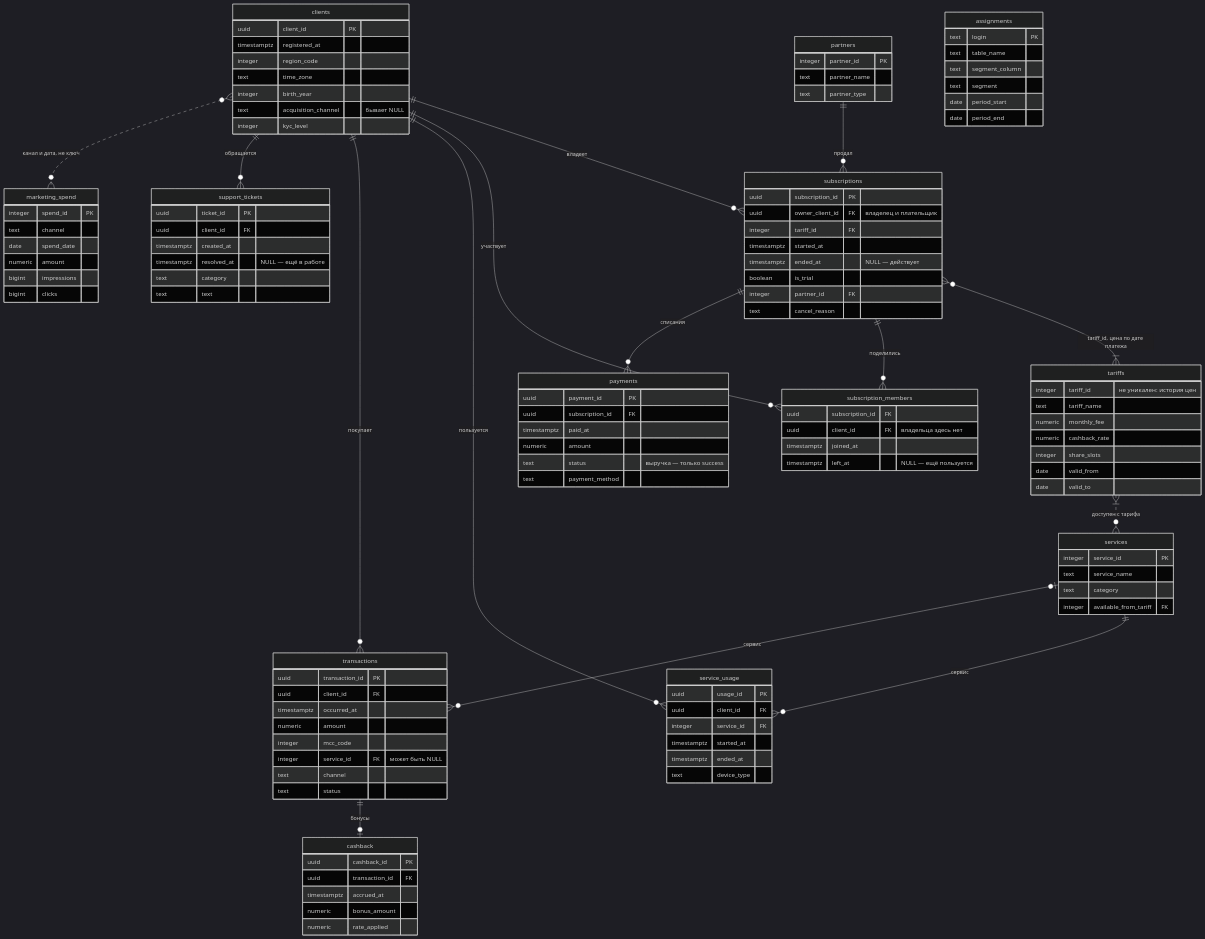
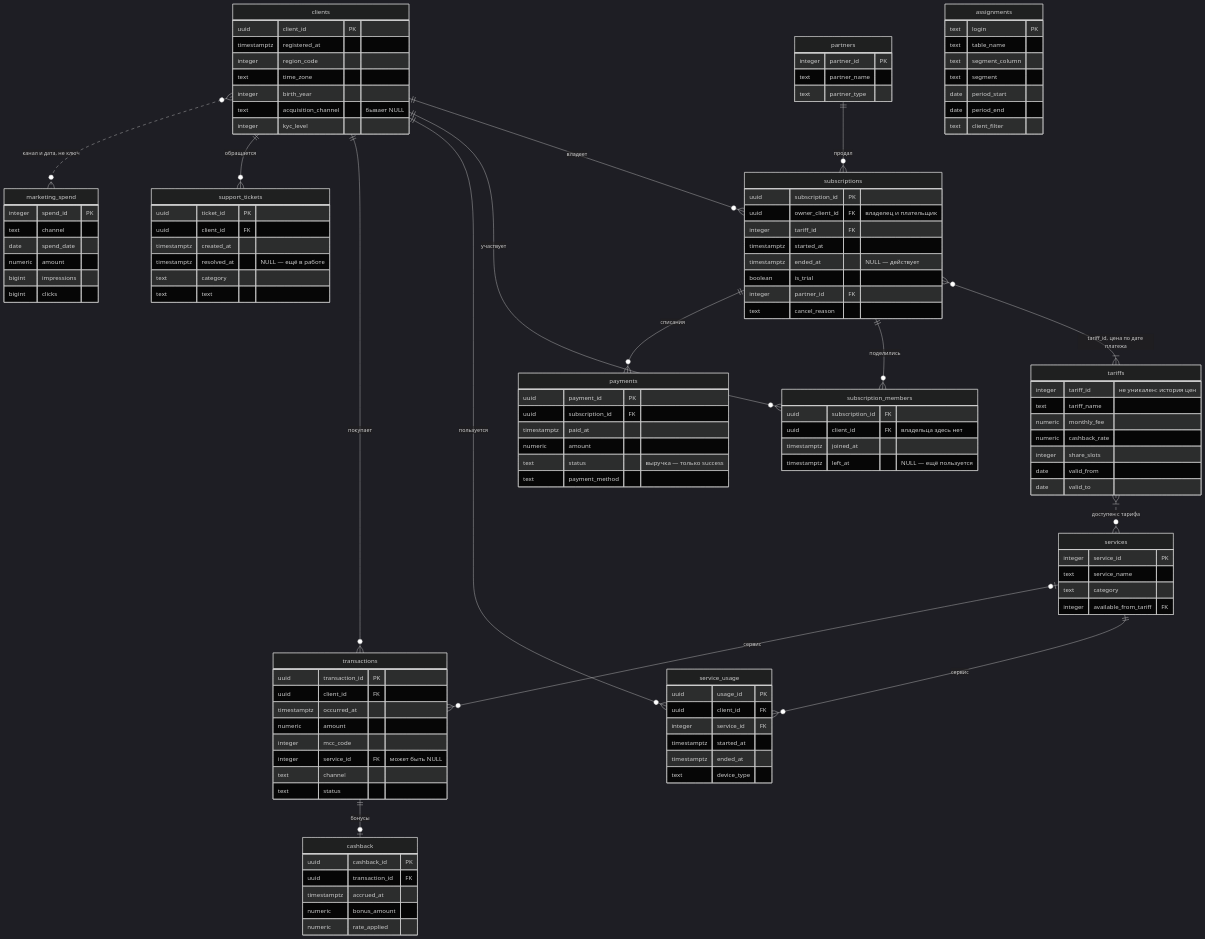
The diagram in данные/README.md (tikhomirovd/python-for-ba-hse-2026), drawn with Mermaid (dark theme) before and after one commit. The commit also changed other lines of this file and 8 other files, not shown here.

````diff
--- a/данные/README.md
+++ b/данные/README.md
@@ -167,5 +167,6 @@
         text segment
         date period_start
         date period_end
+        text client_filter
     }
 ```
````
